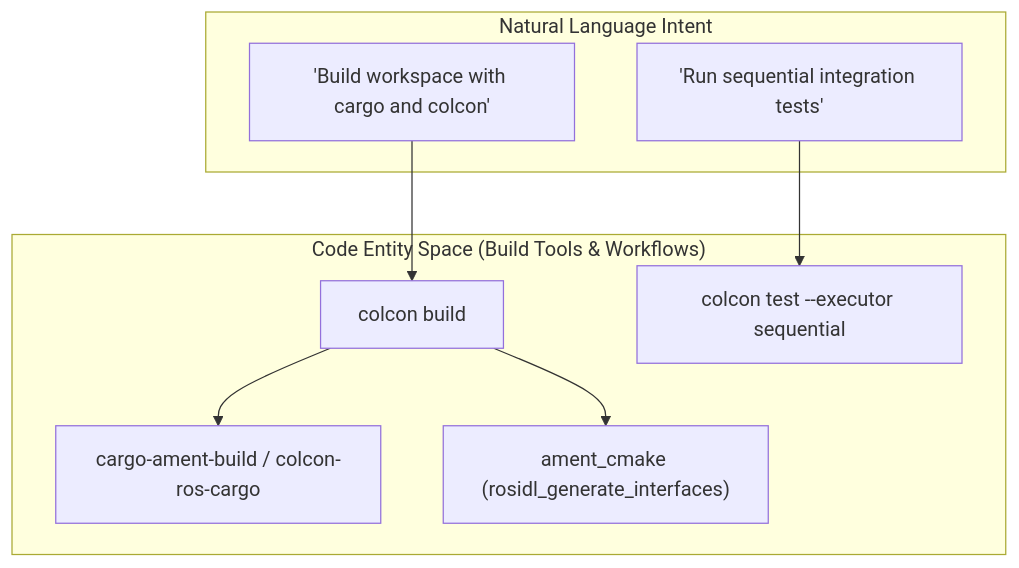
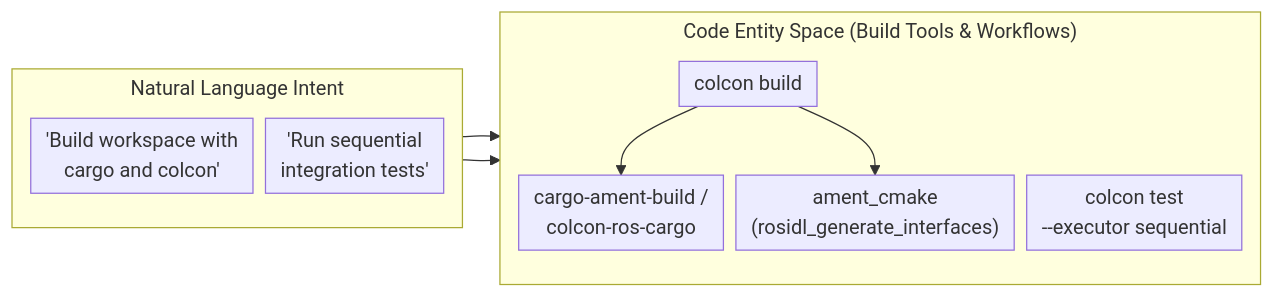
Before and after one commit to cardboardcode/ngp_docs: the second of 4 diagrams in 9403fb1/for_developers/architecture.md, drawn with Mermaid. The commit also changed other lines of this file and 2 other files, not shown here.

Commit message:
:blue_book: Update developer architecture, plan interface, and waypoint lifecycle documentation with full commit links and expanded context

````diff
--- a/9403fb1/for_developers/architecture.md
+++ b/9403fb1/for_developers/architecture.md
@@ -93,19 +105,22 @@
 ```mermaid
-graph TD
-  subgraph "Natural Language Intent"
-    INTENT_BUILD["'Build workspace with cargo and colcon'"]
-    INTENT_TEST["'Run sequential integration tests'"]
+%%{init: {"flowchart": {"nodeSpacing": 10, "rankSpacing": 30, "padding": 6, "subGraphTitleMargin": {"top": 4, "bottom": 8}}, "themeCSS": ".cluster-label div { max-width: 360px !important; } .cluster-label span, .node .nodeLabel, .edgeLabel { font-size: 12px !important; }"}}%%
+flowchart LR
+  subgraph Intent["Natural Language Intent"]
+    direction TB
+    INTENT_BUILD["'Build workspace with<br/>cargo and colcon'"]
+    INTENT_TEST["'Run sequential<br/>integration tests'"]
   end
 
-  subgraph "Code Entity Space (Build Tools & Workflows)"
+  subgraph Entities["Code Entity Space (Build Tools & Workflows)"]
+    direction TB
     COLCON["colcon build"]
-    CARGO_BUILD["cargo-ament-build / colcon-ros-cargo"]
-    AMENT_CMAKE["ament_cmake (rosidl_generate_interfaces)"]
-    TEST_EXE["colcon test --executor sequential"]
+    CARGO_BUILD["cargo-ament-build /<br/>colcon-ros-cargo"]
+    AMENT_CMAKE["ament_cmake<br/>(rosidl_generate_interfaces)"]
+    TEST_EXE["colcon test<br/>--executor sequential"]
   end
 
   INTENT_BUILD --> COLCON
   COLCON --> CARGO_BUILD
   COLCON --> AMENT_CMAKE
   INTENT_TEST --> TEST_EXE
 ```
````
